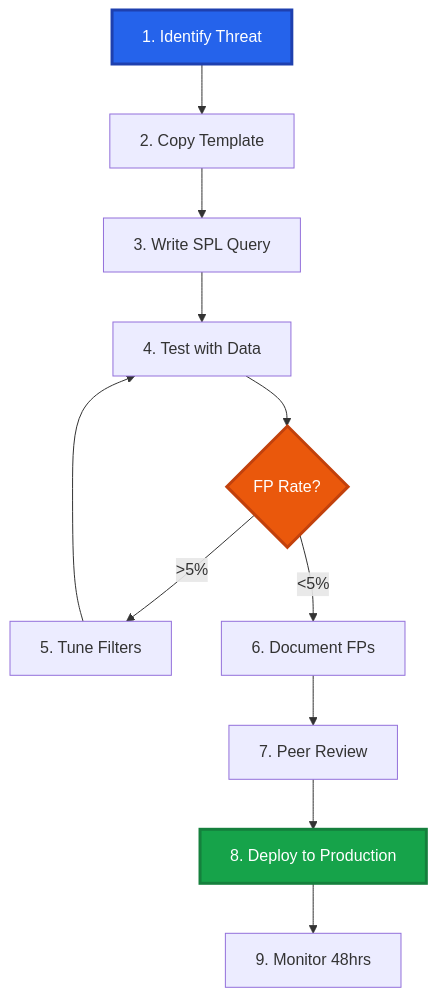
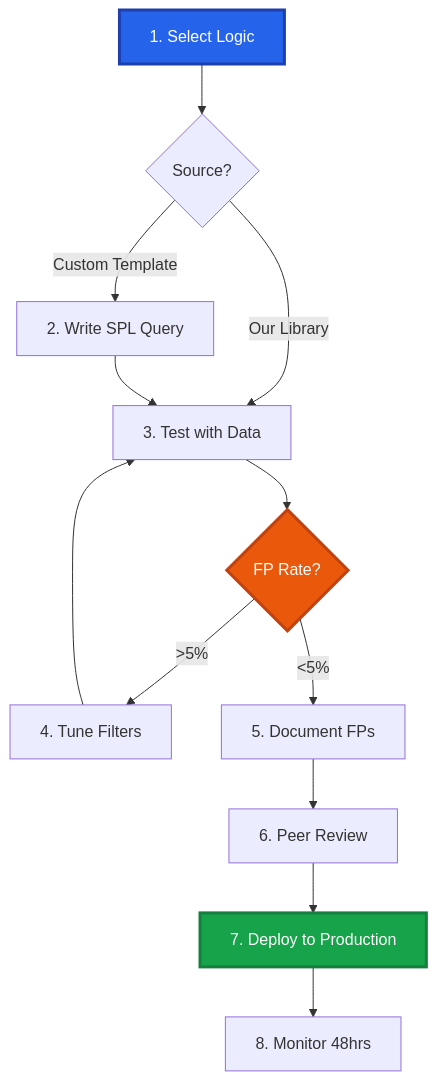
One commit to PrototypePrime/Splunk_SPL_Detection changed the diagram in README.md. Above: the diagram before and after it, drawn with Mermaid. The commit also changed other lines of this file and 2 other files, not shown here.

Commit message:
Old Template remove

````diff
--- a/README.md
+++ b/README.md
@@ -140,17 +125,18 @@
 ```mermaid
 graph TD
-    A[1. Identify Threat] --> B[2. Copy Template]
-    B --> C[3. Write SPL Query]
-    C --> D[4. Test with Data]
-    D --> E{FP Rate?}
-    E -->|>5%| F[5. Tune Filters]
-    F --> D
-    E -->|<5%| G[6. Document FPs]
-    G --> H[7. Peer Review]
-    H --> I[8. Deploy to Production]
-    I --> J[9. Monitor 48hrs]
+    A[1. Select Logic] --> B{Source?}
+    B -->|Our Library| C[3. Test with Data]
+    B -->|Custom Template| D[2. Write SPL Query]
+    D --> C
+    C --> E{FP Rate?}
+    E -->|>5%| F[4. Tune Filters]
+    F --> C
+    E -->|<5%| G[5. Document FPs]
+    G --> H[6. Peer Review]
+    H --> I[7. Deploy to Production]
+    I --> J[8. Monitor 48hrs]
     
     style A fill:#2563eb,color:#fff,stroke:#1e40af,stroke-width:3px
     style I fill:#16a34a,color:#fff,stroke:#15803d,stroke-width:3px
     style E fill:#ea580c,color:#fff,stroke:#c2410c,stroke-width:3px
 ```
````
